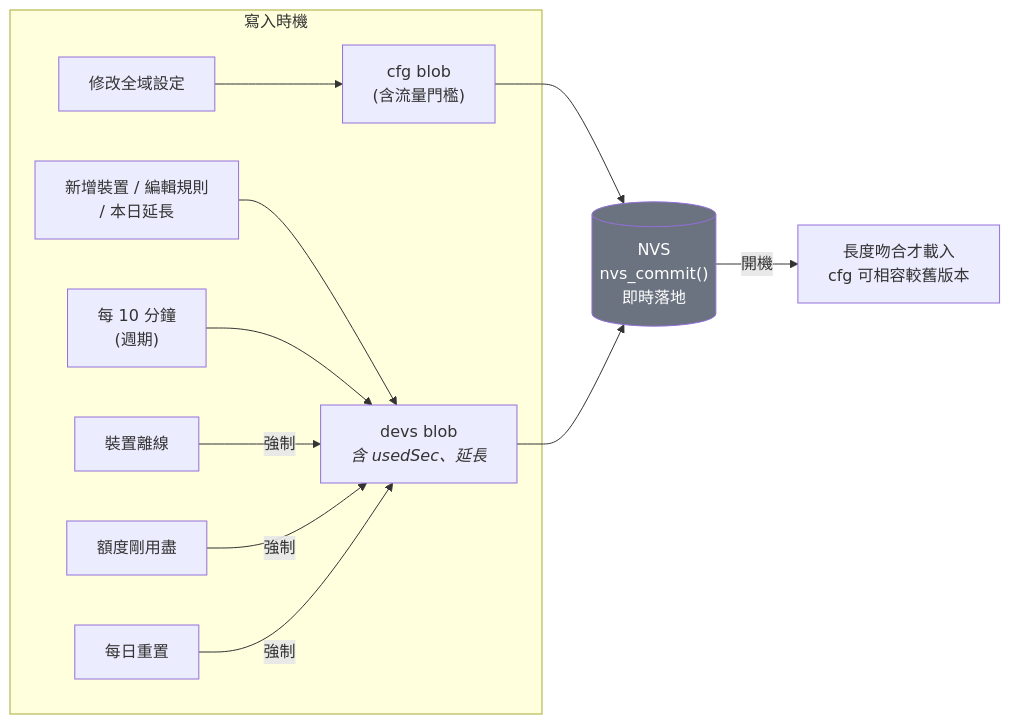
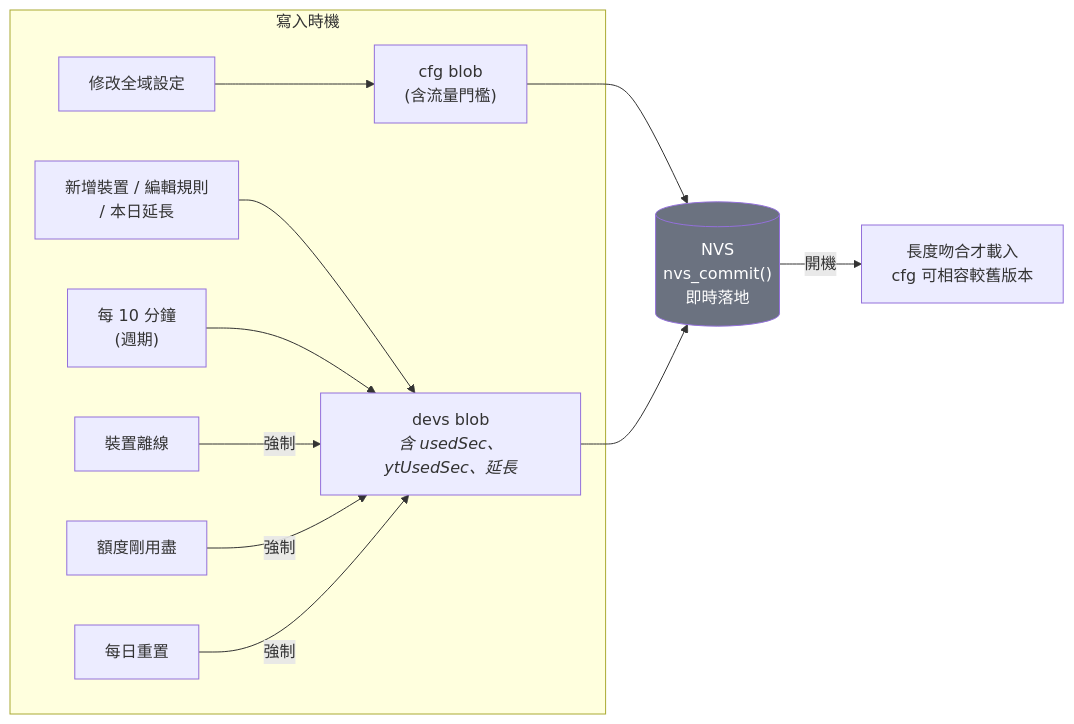
The fourth of 5 diagrams in README.md (binomial0418/net-flow-ctrl), drawn with Mermaid before and after one commit. The commit also changed other lines of this file and 7 other files, not shown here.

````diff
--- a/README.md
+++ b/README.md
@@ -215,15 +255,15 @@
 ```mermaid
 flowchart LR
     subgraph write["寫入時機"]
         W1["修改全域設定"] --> B1["cfg blob<br/>(含流量門檻)"]
         W2["新增裝置 / 編輯規則<br/>/ 本日延長"] --> B2
-        W3["每 10 分鐘<br/>(週期)"] --> B2["devs blob<br/><i>含 usedSec、延長</i>"]
+        W3["每 10 分鐘<br/>(週期)"] --> B2["devs blob<br/><i>含 usedSec、ytUsedSec、延長</i>"]
         W4["裝置離線"] -->|強制| B2
         W5["額度剛用盡"] -->|強制| B2
         W6["每日重置"] -->|強制| B2
     end
     B1 & B2 --> NVS[("NVS<br/>nvs_commit()<br/>即時落地")]
     NVS -->|開機| LOAD["長度吻合才載入<br/>cfg 可相容較舊版本"]
 
     style NVS fill:#6b7280,color:#fff
 ```
````
